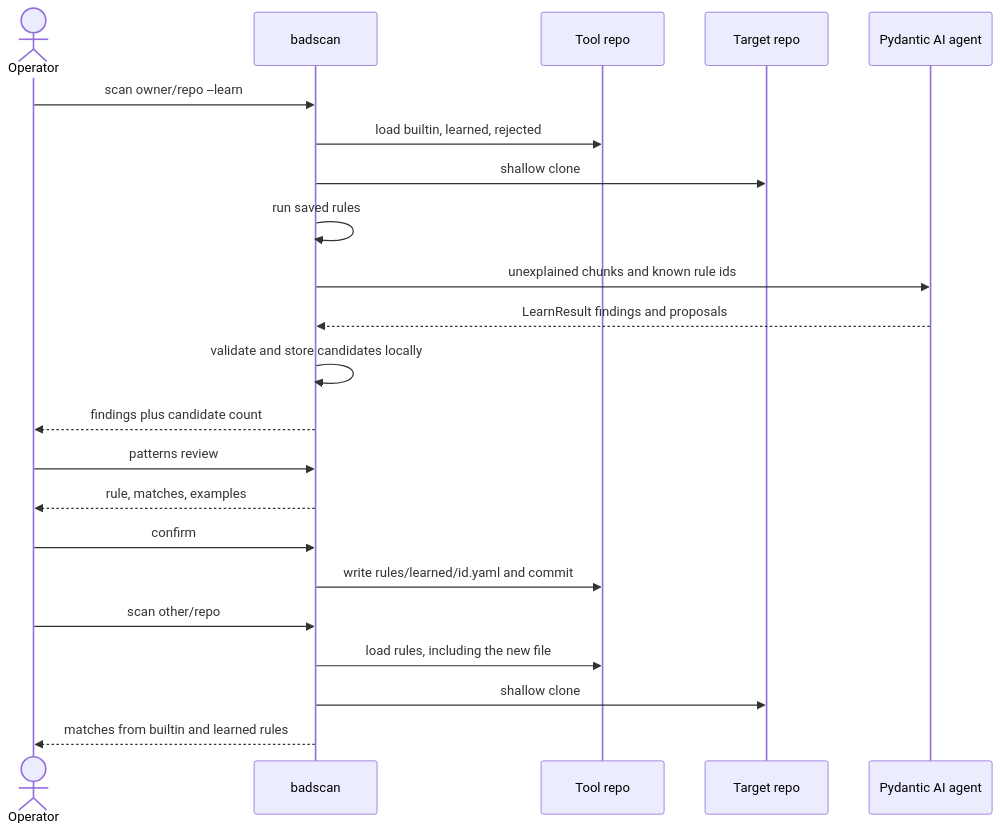
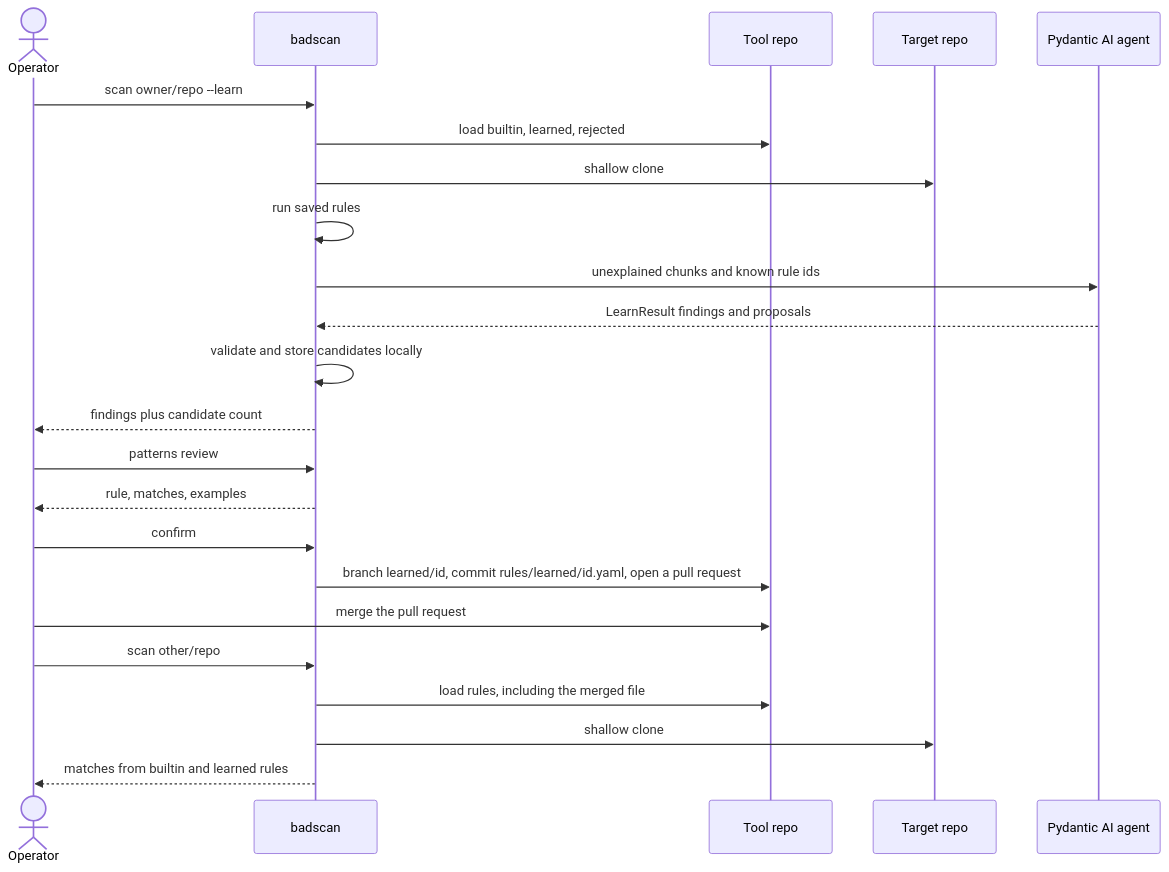
The fourth of 4 diagrams in docs/architecture.md (nunombispo/bad-code-patterns-scanner), drawn with Mermaid before and after one commit. The commit also changed other lines of this file and 4 other files, not shown here.

First line of the commit message:
Open a pull request when a learned pattern is confirmed.

````diff
--- a/docs/architecture.md
+++ b/docs/architecture.md
@@ -124,27 +125,28 @@
 ```mermaid
 sequenceDiagram
   actor Op as Operator
   participant CLI as badscan
   participant Repo as Tool repo
   participant Target as Target repo
   participant Agent as Pydantic AI agent
 
   Op->>CLI: scan owner/repo --learn
   CLI->>Repo: load builtin, learned, rejected
   CLI->>Target: shallow clone
   CLI->>CLI: run saved rules
   CLI->>Agent: unexplained chunks and known rule ids
   Agent-->>CLI: LearnResult findings and proposals
   CLI->>CLI: validate and store candidates locally
   CLI-->>Op: findings plus candidate count
 
   Op->>CLI: patterns review
   CLI-->>Op: rule, matches, examples
   Op->>CLI: confirm
-  CLI->>Repo: write rules/learned/id.yaml and commit
+  CLI->>Repo: branch learned/id, commit rules/learned/id.yaml, open a pull request
+  Op->>Repo: merge the pull request
 
   Op->>CLI: scan other/repo
-  CLI->>Repo: load rules, including the new file
+  CLI->>Repo: load rules, including the merged file
   CLI->>Target: shallow clone
   CLI-->>Op: matches from builtin and learned rules
 ```
````
